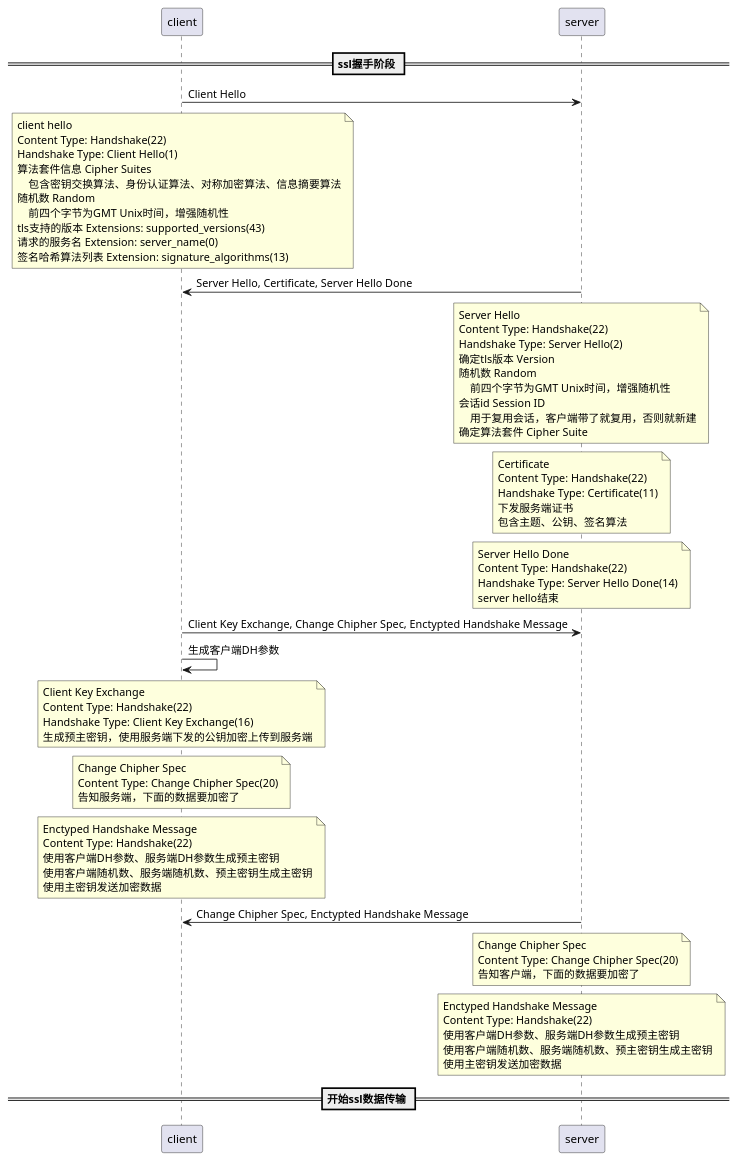
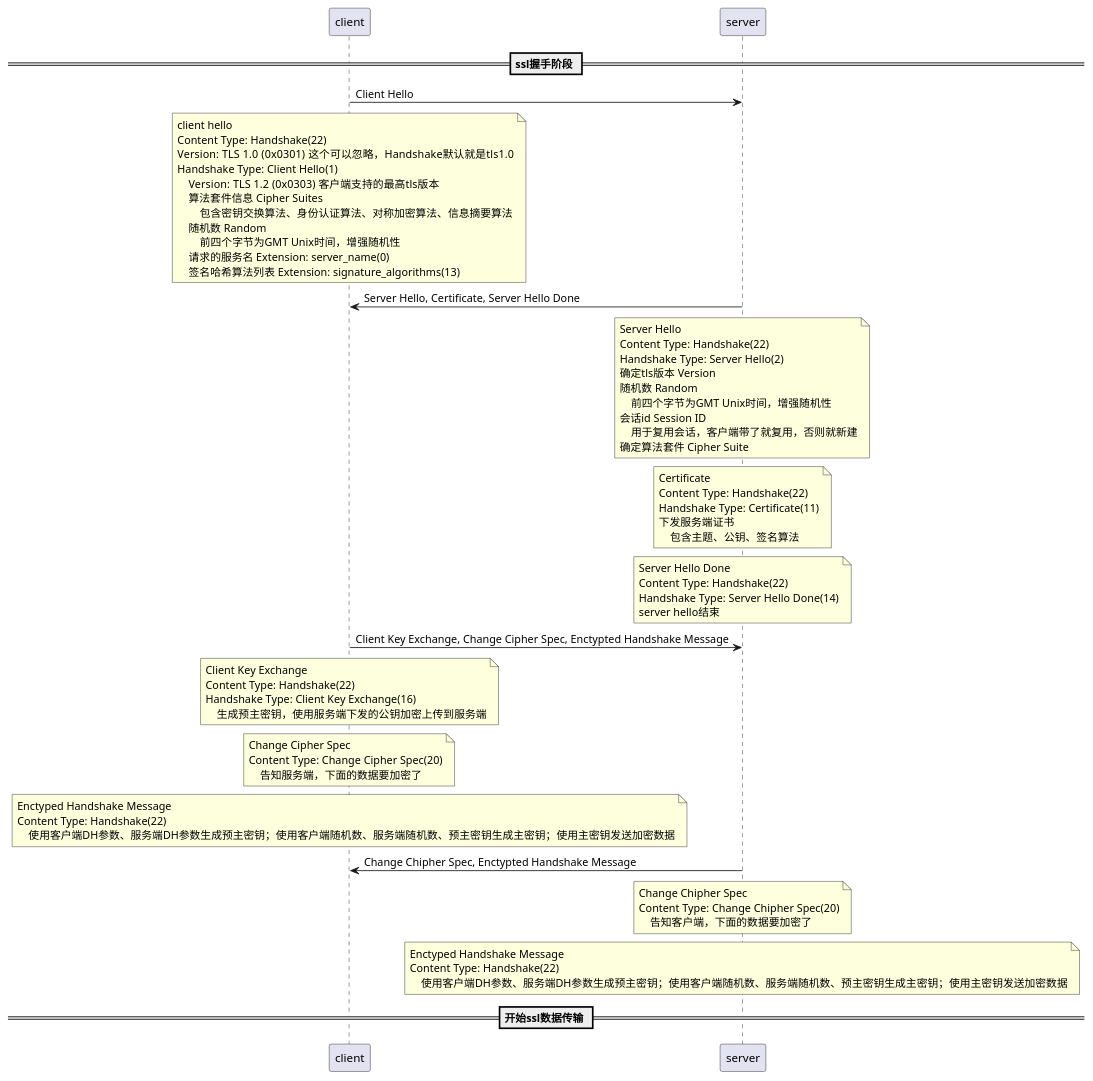
Before and after one commit to Githubwyb/hexo_blogPages: the first of 4 diagrams in source/_posts/2021-07-28-openssl.md, drawn with PlantUML. The commit also changed other lines of this file and 38 other files, not shown here.

```diff
--- a/source/_posts/2021-07-28-openssl.md
+++ b/source/_posts/2021-07-28-openssl.md
@@ -1135,14 +1211,15 @@
 note over client
 client hello
 Content Type: Handshake(22)
+Version: TLS 1.0 (0x0301)   这个可以忽略，Handshake默认就是tls1.0
 Handshake Type: Client Hello(1)
-算法套件信息 Cipher Suites
-    包含密钥交换算法、身份认证算法、对称加密算法、信息摘要算法
-随机数 Random
-    前四个字节为GMT Unix时间，增强随机性
-tls支持的版本 Extensions: supported_versions(43)
-请求的服务名 Extension: server_name(0)
-签名哈希算法列表 Extension: signature_algorithms(13)
+    Version: TLS 1.2 (0x0303)  客户端支持的最高tls版本
+    算法套件信息 Cipher Suites
+        包含密钥交换算法、身份认证算法、对称加密算法、信息摘要算法
+    随机数 Random
+        前四个字节为GMT Unix时间，增强随机性
+    请求的服务名 Extension: server_name(0)
+    签名哈希算法列表 Extension: signature_algorithms(13)
 end note
 
 server->client: Server Hello, Certificate, Server Hello Done
@@ -1162,7 +1239,7 @@
 Content Type: Handshake(22)
 Handshake Type: Certificate(11)
 下发服务端证书
-包含主题、公钥、签名算法
+    包含主题、公钥、签名算法
 end note
 note over server
 Server Hello Done
@@ -1171,39 +1248,34 @@
 server hello结束
 end note
 
-client->server: Client Key Exchange, Change Chipher Spec, Enctypted Handshake Message
-client->client: 生成客户端DH参数
+client->server: Client Key Exchange, Change Cipher Spec, Enctypted Handshake Message
 note over client
 Client Key Exchange
 Content Type: Handshake(22)
 Handshake Type: Client Key Exchange(16)
-生成预主密钥，使用服务端下发的公钥加密上传到服务端
+    生成预主密钥，使用服务端下发的公钥加密上传到服务端
 end note
 note over client
-Change Chipher Spec
-Content Type: Change Chipher Spec(20)
-告知服务端，下面的数据要加密了
+Change Cipher Spec
+Content Type: Change Cipher Spec(20)
+    告知服务端，下面的数据要加密了
 end note
 note over client
 Enctyped Handshake Message
 Content Type: Handshake(22)
-使用客户端DH参数、服务端DH参数生成预主密钥
-使用客户端随机数、服务端随机数、预主密钥生成主密钥
-使用主密钥发送加密数据
+    使用客户端DH参数、服务端DH参数生成预主密钥；使用客户端随机数、服务端随机数、预主密钥生成主密钥；使用主密钥发送加密数据
 end note
 
 server->client: Change Chipher Spec, Enctypted Handshake Message
 note over server
 Change Chipher Spec
 Content Type: Change Chipher Spec(20)
-告知客户端，下面的数据要加密了
+    告知客户端，下面的数据要加密了
 end note
 note over server
 Enctyped Handshake Message
 Content Type: Handshake(22)
-使用客户端DH参数、服务端DH参数生成预主密钥
-使用客户端随机数、服务端随机数、预主密钥生成主密钥
-使用主密钥发送加密数据
+    使用客户端DH参数、服务端DH参数生成预主密钥；使用客户端随机数、服务端随机数、预主密钥生成主密钥；使用主密钥发送加密数据
 end note
 
 == 开始ssl数据传输 ==
```
